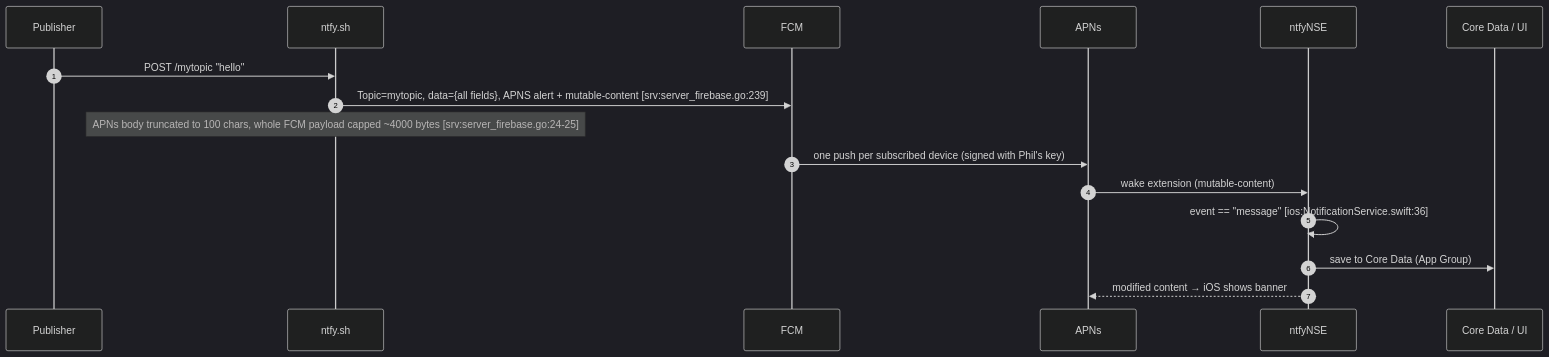
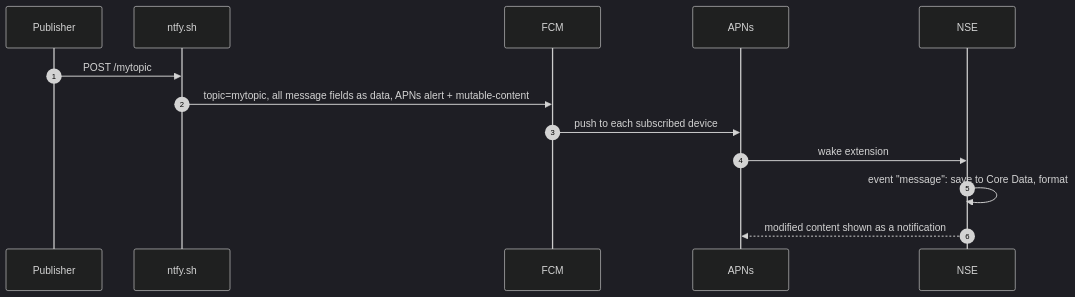
One commit to mbyrn1/ntfy-ios changed the second of 3 diagrams in docs/dev/architecture.md. Above: the diagram before and after it, drawn with Mermaid (dark theme). The commit also changed other lines of this file and 3 other files, not shown here.

Commit message:
docs: keep only the code-backed push architecture, in neutral wording

````diff
--- a/docs/dev/architecture.md
+++ b/docs/dev/architecture.md
@@ -51,18 +48,15 @@
 ```mermaid
 sequenceDiagram
     autonumber
     participant Pub as Publisher
     participant S as ntfy.sh
     participant FCM
     participant APNs
-    participant NSE as ntfyNSE
-    participant App as Core Data / UI
-    Pub->>S: POST /mytopic "hello"
-    S->>FCM: Topic=mytopic, data={all fields}, APNS alert + mutable-content [srv:server_firebase.go:239]
-    Note over S: APNs body truncated to 100 chars, whole FCM payload capped ~4000 bytes [srv:server_firebase.go:24-25]
-    FCM->>APNs: one push per subscribed device (signed with Phil's key)
-    APNs->>NSE: wake extension (mutable-content)
-    NSE->>NSE: event == "message" [ios:NotificationService.swift:36]
-    NSE->>App: save to Core Data (App Group)
-    NSE-->>APNs: modified content → iOS shows banner
+    participant NSE
+    Pub->>S: POST /mytopic
+    S->>FCM: topic=mytopic, all message fields as data, APNs alert + mutable-content
+    FCM->>APNs: push to each subscribed device
+    APNs->>NSE: wake extension
+    NSE->>NSE: event "message": save to Core Data, format
+    NSE-->>APNs: modified content shown as a notification
 ```
````
